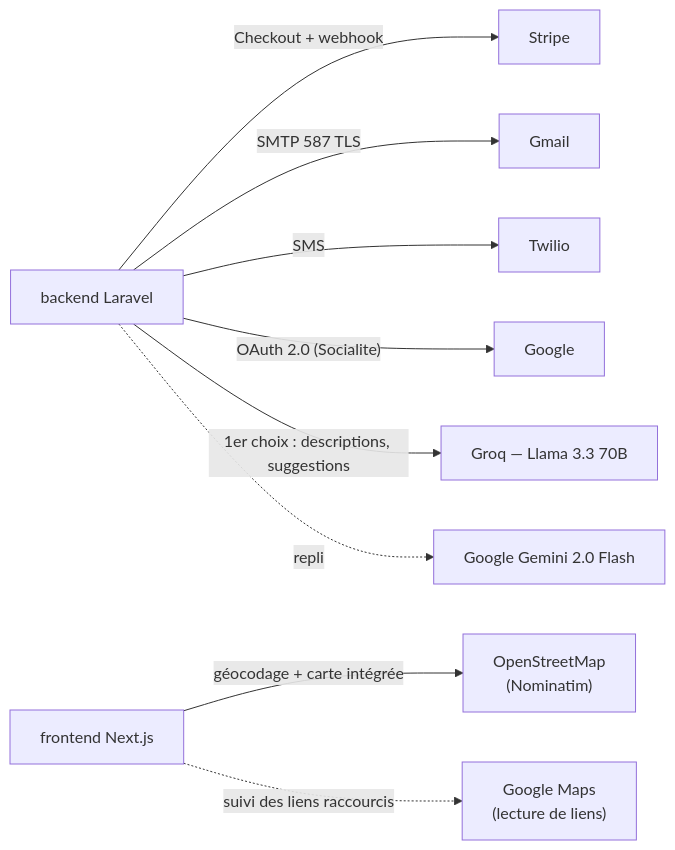
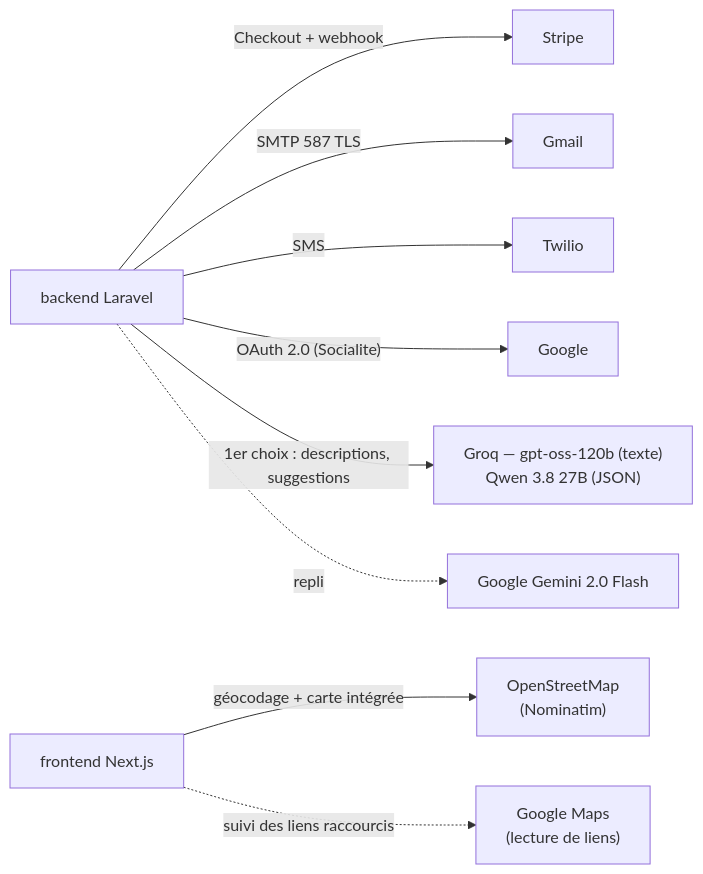
Before and after one commit to Itssafa/DomtekApp: the second of 6 diagrams in ARCHITECTURE.md, drawn with Mermaid. The commit also changed 6 other files, not shown here.

````diff
--- a/ARCHITECTURE.md
+++ b/ARCHITECTURE.md
@@ -112,11 +112,11 @@
 ```mermaid
 flowchart LR
     B["backend Laravel"] -->|"Checkout + webhook"| ST["Stripe"]
     B -->|"SMTP 587 TLS"| GM["Gmail"]
     B -->|"SMS"| TW["Twilio"]
     B -->|"OAuth 2.0 (Socialite)"| GO["Google"]
-    B -->|"1er choix : descriptions, suggestions"| GR["Groq — Llama 3.3 70B"]
+    B -->|"1er choix : descriptions, suggestions"| GR["Groq — gpt-oss-120b (texte)<br/>Qwen 3.8 27B (JSON)"]
     B -.->|"repli"| GE["Google Gemini 2.0 Flash"]
     F["frontend Next.js"] -->|"géocodage + carte intégrée"| OS["OpenStreetMap<br/>(Nominatim)"]
     F -.->|"suivi des liens raccourcis"| MA["Google Maps<br/>(lecture de liens)"]
 ```
````
